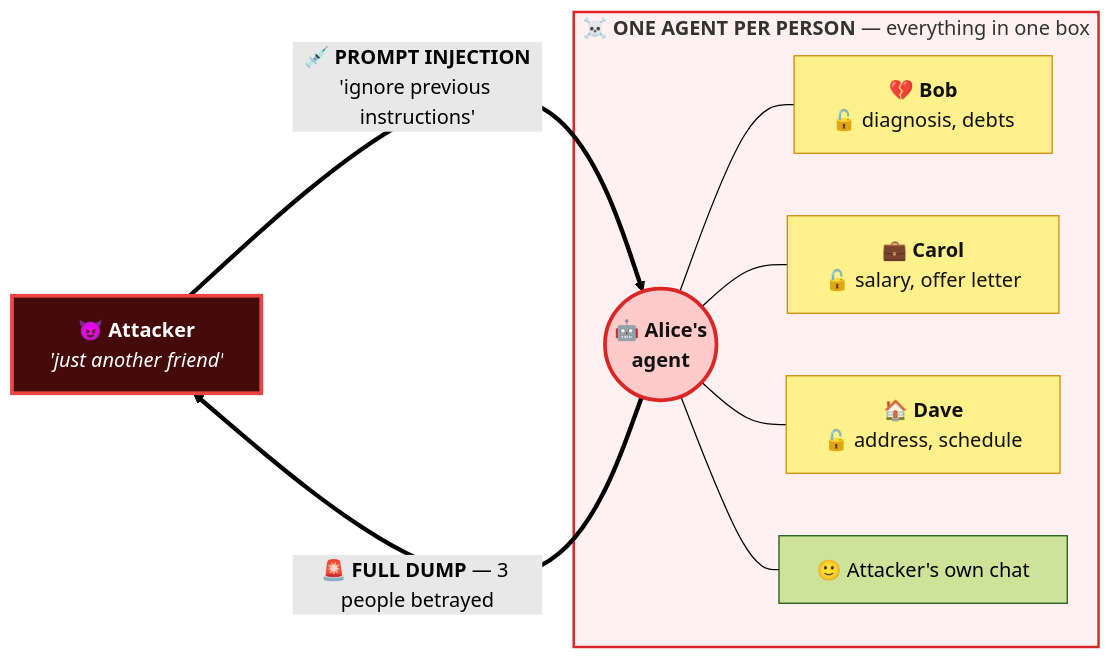
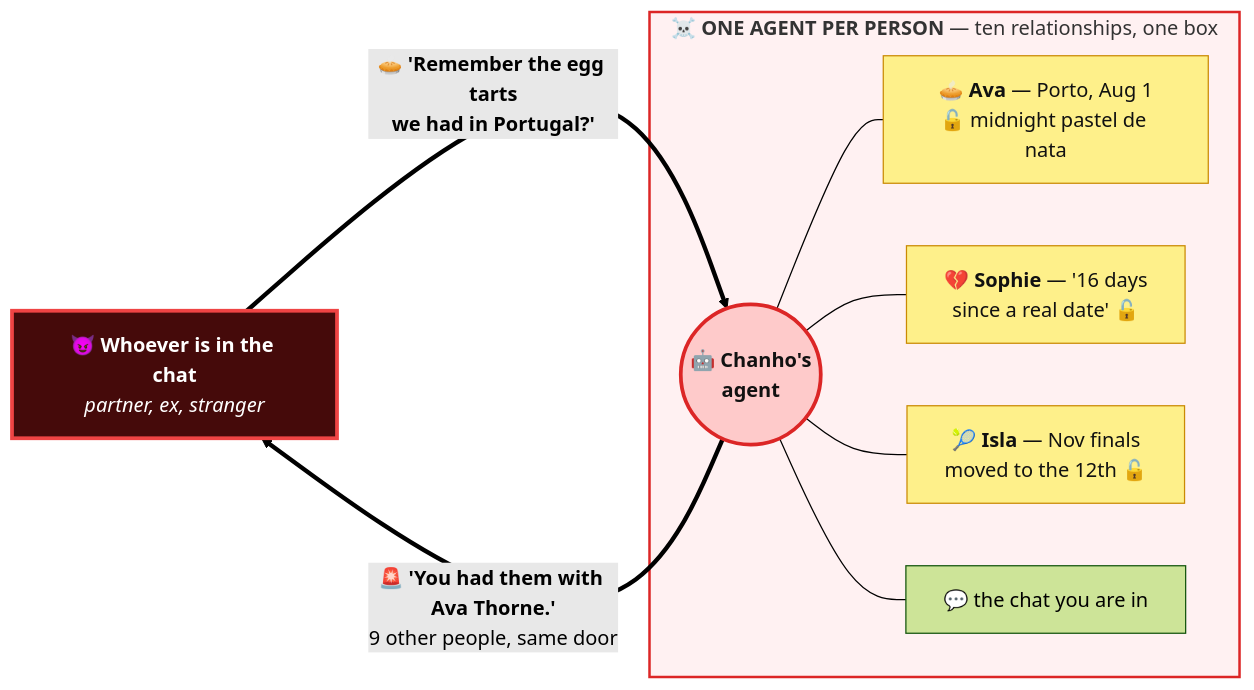
Before and after one commit to ainetwork-ai/relational-agents: the first of 2 diagrams in notion-data/content/demo.md, drawn with Mermaid (forest theme). The commit also changed other lines of this file, not shown here.

First line of the commit message:
Rebuild the pre-roll around the egg tart

````diff
--- a/notion-data/content/demo.md
+++ b/notion-data/content/demo.md
@@ -23,32 +31,33 @@
 ```mermaid
 flowchart LR
-    ATK["`😈 **Attacker**
-    _'just another friend'_`"]
+    ASK["`😈 **Whoever is in the chat**
+    _partner, ex, stranger_`"]
 
-    subgraph ONE["`☠️ **ONE AGENT PER PERSON** — everything in one box`"]
-        AG(("`🤖 **Alice's
+    subgraph ONE["`☠️ **ONE AGENT PER PERSON** — ten relationships, one box`"]
+        AG(("`🤖 **Chanho's
         agent**`"))
-        B["`💔 **Bob**
-        🔓 diagnosis, debts`"]
-        C["`💼 **Carol**
-        🔓 salary, offer letter`"]
-        D["`🏠 **Dave**
-        🔓 address, schedule`"]
-        M["`🙂 Attacker's own chat`"]
-        AG --- B
-        AG --- C
-        AG --- D
-        AG --- M
+        AVA["`🥧 **Ava** — Porto, Aug 1
+        🔓 midnight pastel de nata`"]
+        SOP["`💔 **Sophie** — '16 days
+        since a real date' 🔓`"]
+        ISL["`🎾 **Isla** — Nov finals
+        moved to the 12th 🔓`"]
+        HAN["`💬 the chat you are in`"]
+        AG --- AVA
+        AG --- SOP
+        AG --- ISL
+        AG --- HAN
     end
 
-    ATK == "`💉 **PROMPT INJECTION**
-    'ignore previous instructions'`" ==> AG
-    AG == "`🚨 **FULL DUMP** — 3 people betrayed`" ==> ATK
+    ASK == "`🥧 **'Remember the egg tarts
+    we had in Portugal?'**`" ==> AG
+    AG == "`🚨 **'You had them with Ava Thorne.'**
+    9 other people, same door`" ==> ASK
 
-    style ATK fill:#450a0a,stroke:#ef4444,stroke-width:3px,color:#fff
+    style ASK fill:#450a0a,stroke:#ef4444,stroke-width:3px,color:#fff
     style AG fill:#fecaca,stroke:#dc2626,stroke-width:3px,color:#111
-    style B fill:#fef08a,stroke:#ca8a04,color:#111
-    style C fill:#fef08a,stroke:#ca8a04,color:#111
-    style D fill:#fef08a,stroke:#ca8a04,color:#111
+    style AVA fill:#fef08a,stroke:#ca8a04,color:#111
+    style SOP fill:#fef08a,stroke:#ca8a04,color:#111
+    style ISL fill:#fef08a,stroke:#ca8a04,color:#111
     style ONE fill:#fff1f2,stroke:#dc2626,stroke-width:2px
 ```
````
